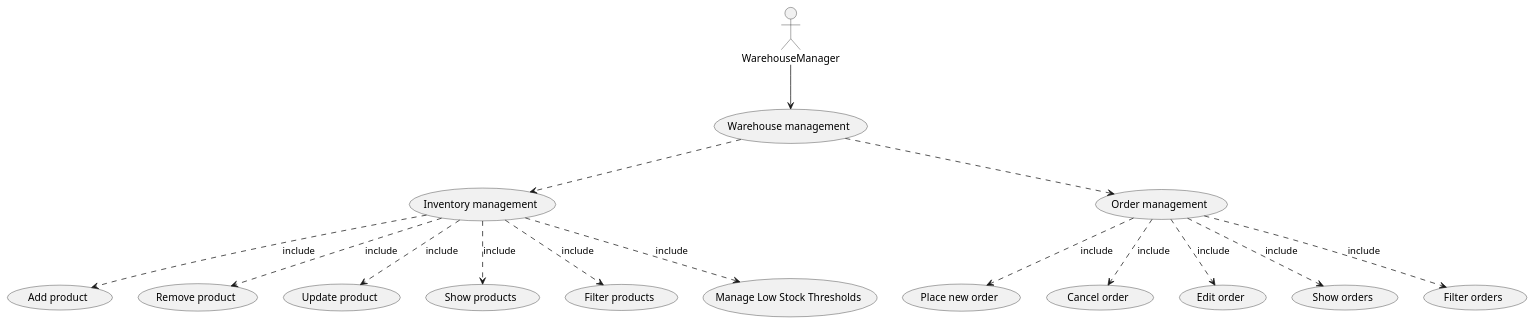
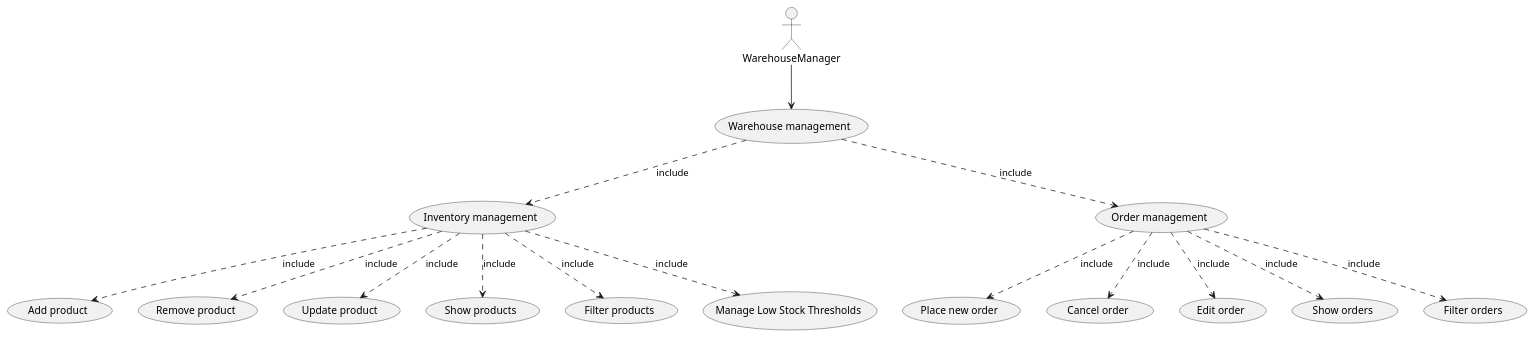
The third of 9 diagrams in Deliverables/RequirementsDocument.md (Stormz4/group20-EzShop), drawn with PlantUML before and after one commit. The commit also changed other lines of this file, not shown here.

````diff
--- a/Deliverables/RequirementsDocument.md
+++ b/Deliverables/RequirementsDocument.md
@@ -275,30 +275,30 @@
 ```plantuml
 @startuml
 :WarehouseManager:     --> (Warehouse management)
-(Warehouse management) ..> (Inventory management)
-(Warehouse management) ..> (Order management)
+(Warehouse management) ..> (Inventory management) : include
+(Warehouse management) ..> (Order management) : include
 (Inventory management) ..> (Add product) : include
 (Inventory management) ..> (Remove product) : include
 (Inventory management) ..> (Update product) : include
 ' (Update product)       ..> (Stock level) : include
 ' (Update product)       ..> (Purchase price) : include
 ' (Update product)       ..> (Description) : include
 (Inventory management) ..> (Show products) : include
 (Inventory management) ..> (Filter products) : include
 ' (Filter products)      ..> (Name) : by
 ' (Filter products)      ..> (Supplier) : by
 ' (Filter products)      ..> (Brand) : by
 ' (Filter products)      ..> (Price) : by
 (Inventory management) ..> (Manage Low Stock Thresholds) : include
 (Order management)     ..> (Place new order) : include
 (Order management)     ..> (Cancel order) : include
 (Order management)     ..> (Edit order) : include
 (Order management)     ..> (Show orders) : include
 (Order management)     ..> (Filter orders) : include
 ' (Filter orders)        ..> (Date) : by
 ' (Filter orders)        ..> (Supplier) : by
 ' (Filter orders)        ..> (Amount) : by
 
 
 @enduml
 ```
````
